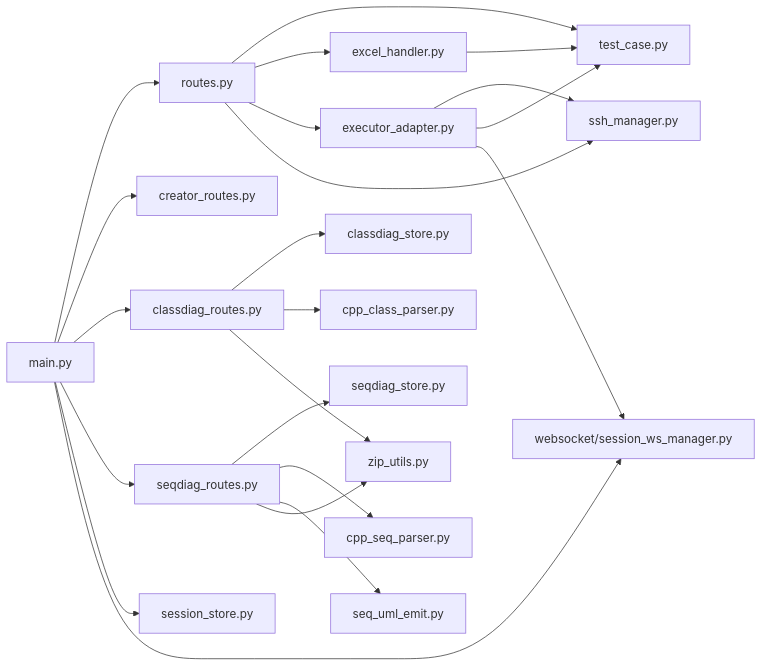
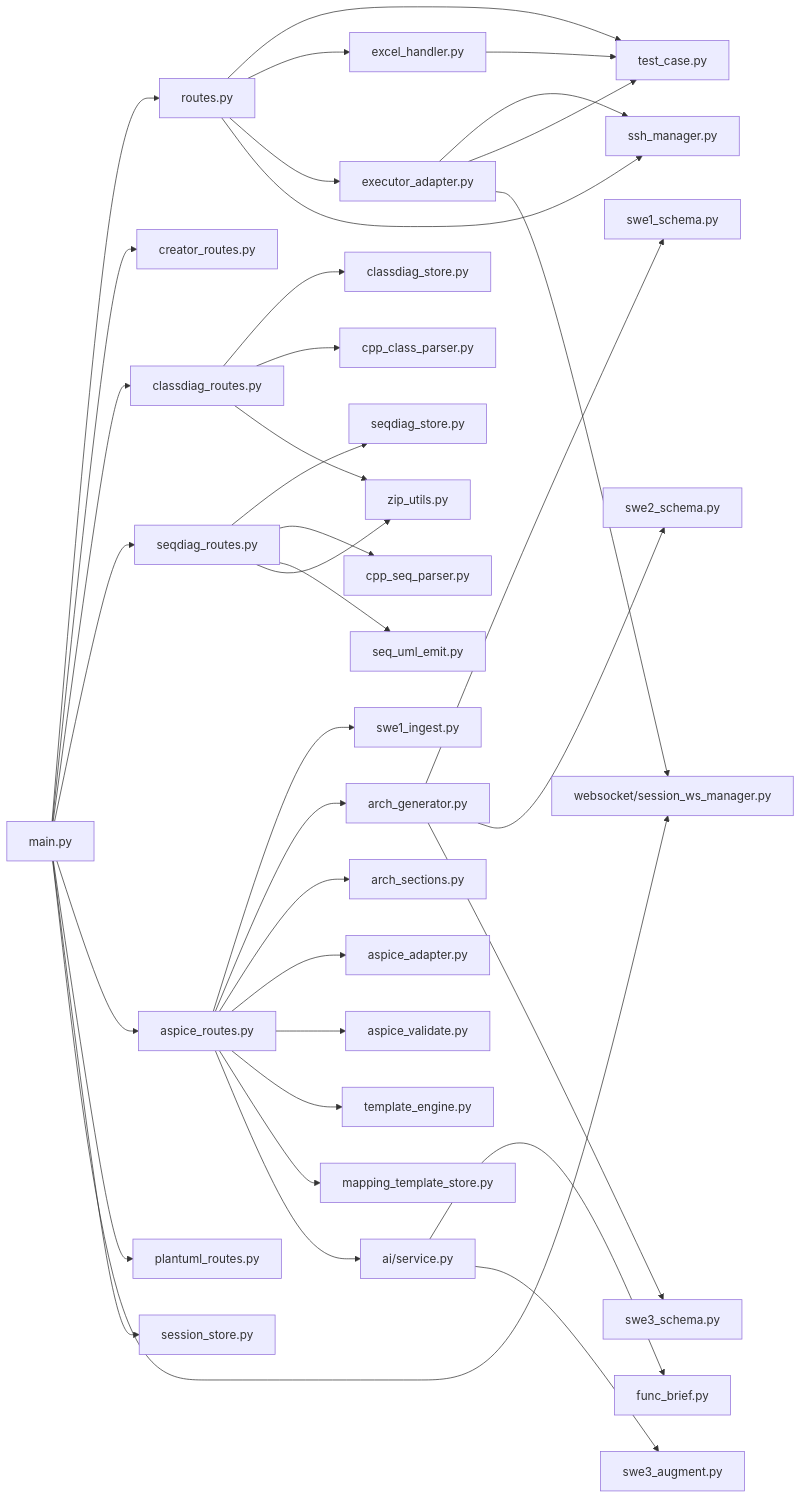
Before and after one commit to zhaoja1205/automatedTest: the third of 10 diagrams in docs/DIAGRAMS.md, drawn with Mermaid. The commit also changed other lines of this file, not shown here.

First line of the commit message:
docs(diagrams): 更新模块关系与时序图说明

````diff
--- a/docs/DIAGRAMS.md
+++ b/docs/DIAGRAMS.md
@@ -109,28 +132,46 @@
 ```mermaid
 graph LR
     Main[main.py] --> Routes[routes.py]
     Main --> CreatorRoutes[creator_routes.py]
     Main --> ClassDiagRoutes[classdiag_routes.py]
     Main --> SeqDiagRoutes[seqdiag_routes.py]
+    Main --> AspiceRoutes[aspice_routes.py]
+    Main --> PlantUmlRoutes[plantuml_routes.py]
     Main --> SessionStore[session_store.py]
     Main --> WsManager[websocket/session_ws_manager.py]
 
     Routes --> TestCase[test_case.py]
     Routes --> Excel[excel_handler.py]
     Routes --> Executor[executor_adapter.py]
     Routes --> SSH[ssh_manager.py]
 
     ClassDiagRoutes --> ClassDiagStore[classdiag_store.py]
     ClassDiagRoutes --> CppClassParser[cpp_class_parser.py]
     ClassDiagRoutes --> ZipUtils[zip_utils.py]
 
     SeqDiagRoutes --> SeqDiagStore[seqdiag_store.py]
     SeqDiagRoutes --> CppSeqParser[cpp_seq_parser.py]
     SeqDiagRoutes --> SeqUmlEmit[seq_uml_emit.py]
     SeqDiagRoutes --> ZipUtils
 
+    AspiceRoutes --> Swe1Ingest[swe1_ingest.py]
+    AspiceRoutes --> ArchGenerator[arch_generator.py]
+    AspiceRoutes --> ArchSections[arch_sections.py]
+    AspiceRoutes --> AspiceAdapter[aspice_adapter.py]
+    AspiceRoutes --> AspiceValidate[aspice_validate.py]
+    AspiceRoutes --> TemplateEngine[template_engine.py]
+    AspiceRoutes --> MappingTplStore[mapping_template_store.py]
+    AspiceRoutes --> AiService[ai/service.py]
+
+    ArchGenerator --> Swe1Schema[swe1_schema.py]
+    ArchGenerator --> Swe2Schema[swe2_schema.py]
+    ArchGenerator --> Swe3Schema[swe3_schema.py]
+
+    AiService --> FuncBrief[func_brief.py]
+    AiService --> Swe3Augment[swe3_augment.py]
+
     Executor --> SSH
     Executor --> TestCase
     Executor --> WsManager
     Excel --> TestCase
 ```
````
